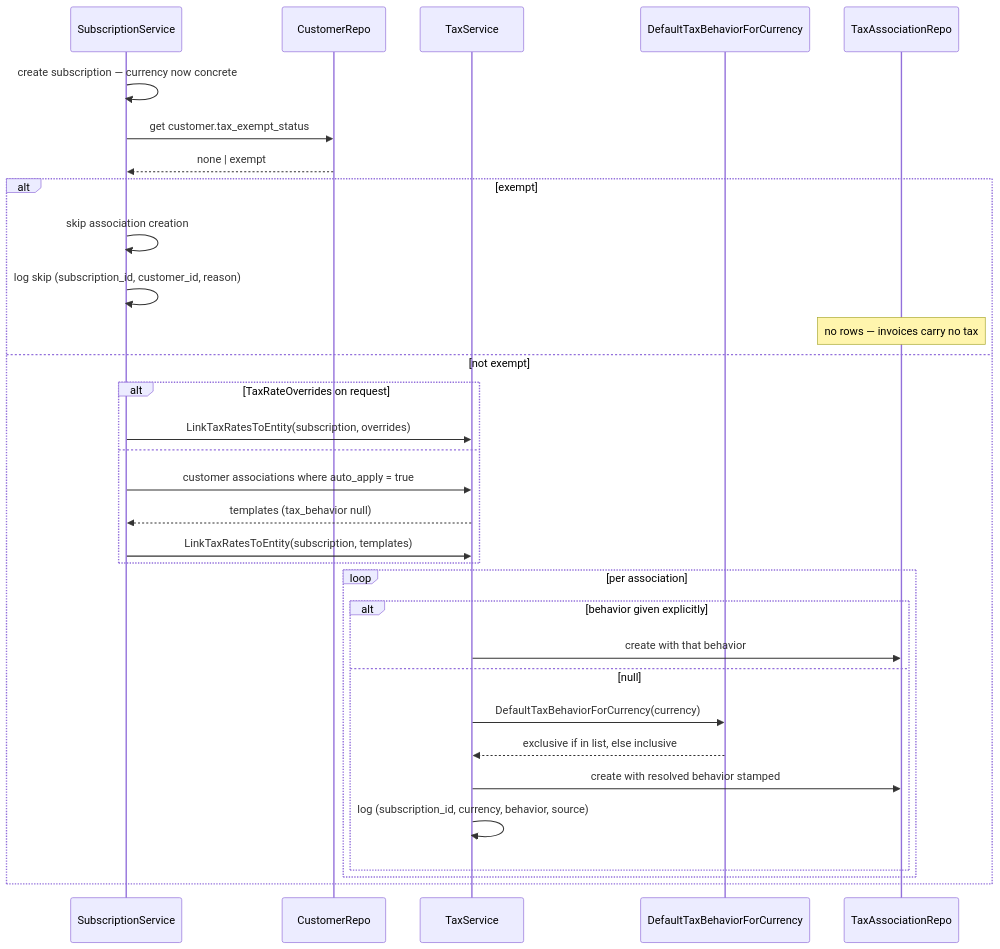
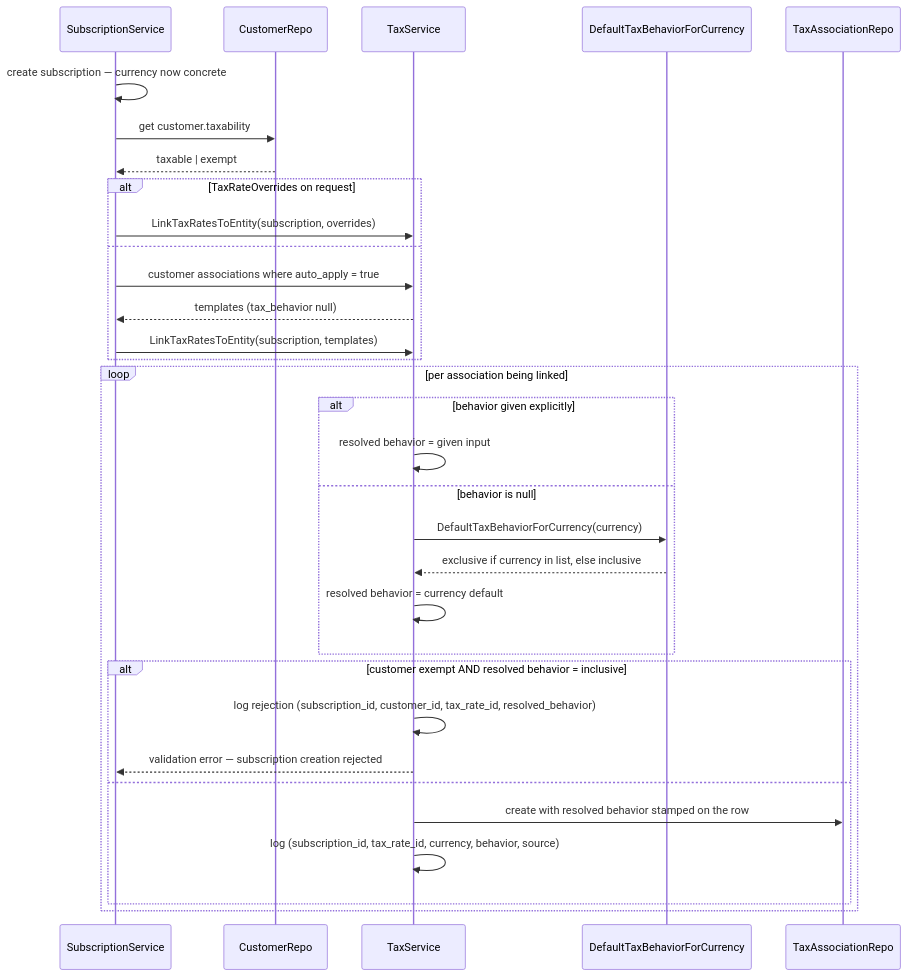
Before and after one commit to subratsahilgupta/flexprice: the second of 5 diagrams in docs/design/2026-08-17-FLE-1187-taxation-lineitem-inclusive.md, drawn with Mermaid. The commit also changed other lines of this file, not shown here.

Commit message:
docs(taxation): enhance design document with detailed credit note and taxability definitions, update validation rules for subscriptions

````diff
--- a/docs/design/2026-08-17-FLE-1187-taxation-lineitem-inclusive.md
+++ b/docs/design/2026-08-17-FLE-1187-taxation-lineitem-inclusive.md
@@ -228,37 +262,38 @@
 ```mermaid
 sequenceDiagram
     participant SS as SubscriptionService
     participant CR as CustomerRepo
     participant TS as TaxService
     participant TY as DefaultTaxBehaviorForCurrency
     participant DB as TaxAssociationRepo
 
     SS->>SS: create subscription — currency now concrete
-    SS->>CR: get customer.tax_exempt_status
-    CR-->>SS: none | exempt
+    SS->>CR: get customer.taxability
+    CR-->>SS: taxable | exempt
 
-    alt exempt
-        SS->>SS: skip association creation
-        SS->>SS: log skip (subscription_id, customer_id, reason)
-        Note over DB: no rows — invoices carry no tax
-    else not exempt
-        alt TaxRateOverrides on request
-            SS->>TS: LinkTaxRatesToEntity(subscription, overrides)
-        else
-            SS->>TS: customer associations where auto_apply = true
-            TS-->>SS: templates (tax_behavior null)
-            SS->>TS: LinkTaxRatesToEntity(subscription, templates)
+    alt TaxRateOverrides on request
+        SS->>TS: LinkTaxRatesToEntity(subscription, overrides)
+    else
+        SS->>TS: customer associations where auto_apply = true
+        TS-->>SS: templates (tax_behavior null)
+        SS->>TS: LinkTaxRatesToEntity(subscription, templates)
+    end
+
+    loop per association being linked
+        alt behavior given explicitly
+            TS->>TS: resolved behavior = given input
+        else behavior is null
+            TS->>TY: DefaultTaxBehaviorForCurrency(currency)
+            TY-->>TS: exclusive if currency in list, else inclusive
+            TS->>TS: resolved behavior = currency default
         end
 
-        loop per association
-            alt behavior given explicitly
-                TS->>DB: create with that behavior
-            else null
-                TS->>TY: DefaultTaxBehaviorForCurrency(currency)
-                TY-->>TS: exclusive if in list, else inclusive
-                TS->>DB: create with resolved behavior stamped
-                TS->>TS: log (subscription_id, currency, behavior, source)
-            end
+        alt customer exempt AND resolved behavior = inclusive
+            TS->>TS: log rejection (subscription_id, customer_id, tax_rate_id, resolved_behavior)
+            TS-->>SS: validation error — subscription creation rejected
+        else
+            TS->>DB: create with resolved behavior stamped on the row
+            TS->>TS: log (subscription_id, tax_rate_id, currency, behavior, source)
         end
     end
 ```
````
